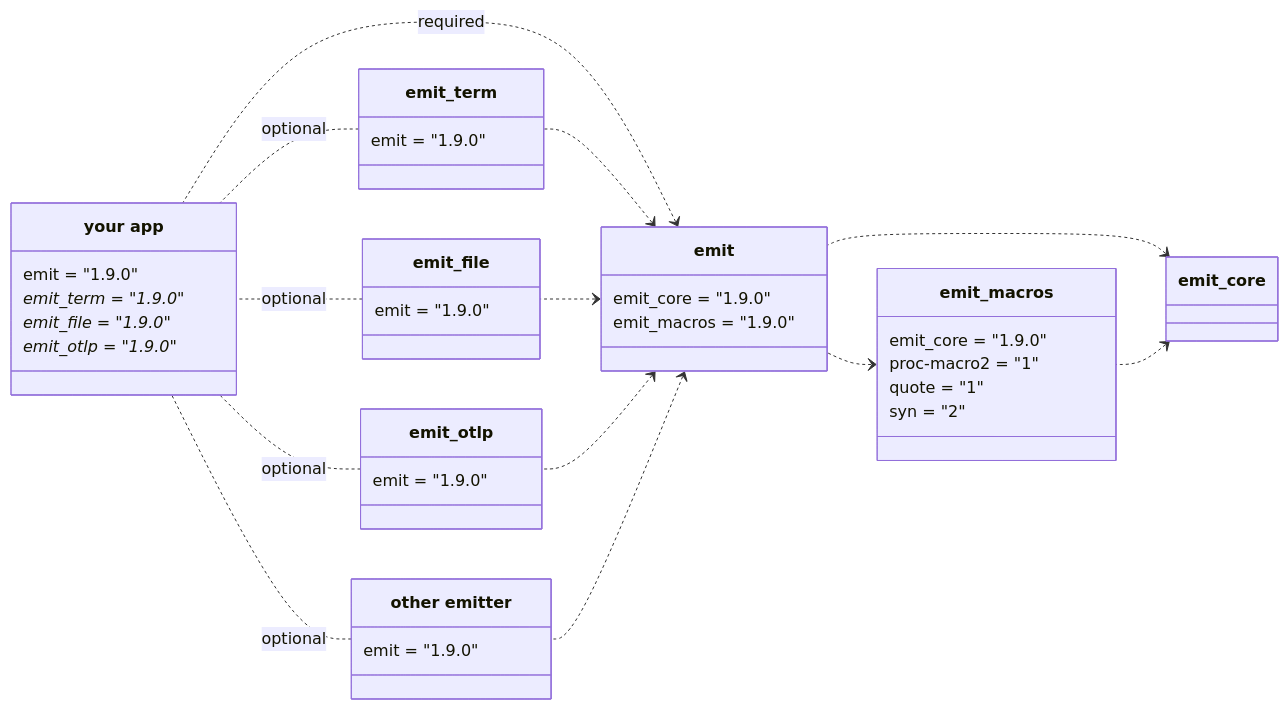
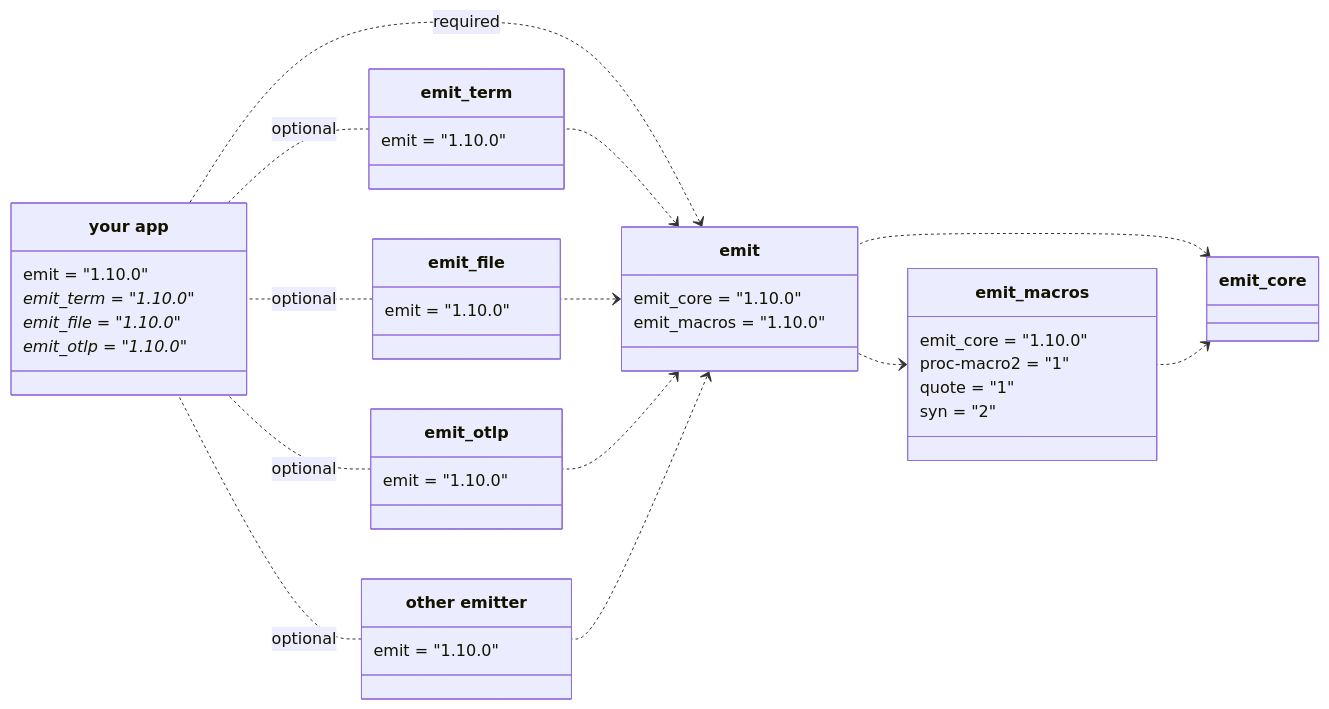
The first of 5 diagrams in book/src/reference/architecture.md (emit-rs/emit), drawn with Mermaid before and after one commit. The commit also changed other lines of this file and 62 other files, not shown here.

````diff
--- a/book/src/reference/architecture.md
+++ b/book/src/reference/architecture.md
@@ -9,62 +9,62 @@
 ```mermaid
 classDiagram
     direction RL
     
     emit_core <.. emit_macros
     emit_core <.. emit
     emit_macros <.. emit
 
     class emit_macros {
-        emit_core = "1.9.0"
+        emit_core = "1.10.0"
         proc-macro2 = "1"
         quote = "1"
         syn = "2"
     }
 
     emit <.. emit_term
     emit <.. emit_file
     emit <.. emit_otlp
     emit <.. emit_custom
 
     emit <.. app : required
 
     class emit {
-        emit_core = "1.9.0"
-        emit_macros = "1.9.0"
+        emit_core = "1.10.0"
+        emit_macros = "1.10.0"
     }
 
     emit_term .. app : optional
     emit_file .. app : optional
     emit_otlp .. app : optional
     emit_custom .. app : optional
 
     class emit_term {
-        emit = "1.9.0"
+        emit = "1.10.0"
     }
 
     class emit_file {
-        emit = "1.9.0"
+        emit = "1.10.0"
     }
 
     class emit_otlp {
-        emit = "1.9.0"
+        emit = "1.10.0"
     }
 
     class emit_custom["other emitter"] {
-        emit = "1.9.0"
+        emit = "1.10.0"
     }
 
     class app["your app"] {
-        emit = "1.9.0"
-        emit_term = "1.9.0"*
-        emit_file = "1.9.0"*
-        emit_otlp = "1.9.0"*
+        emit = "1.10.0"
+        emit_term = "1.10.0"*
+        emit_file = "1.10.0"*
+        emit_otlp = "1.10.0"*
     }
 
-    click emit_core href "https://docs.rs/emit_core/1.9.0/emit_core/index.html"
-    click emit_macros href "https://docs.rs/emit_macros/1.9.0/emit_macros/index.html"
-    click emit href "https://docs.rs/emit/1.9.0/emit/index.html"
-    click emit_term href "https://docs.rs/emit_term/1.9.0/emit_term/index.html"
-    click emit_file href "https://docs.rs/emit_file/1.9.0/emit_file/index.html"
-    click emit_otlp href "https://docs.rs/emit_otlp/1.9.0/emit_otlp/index.html"
+    click emit_core href "https://docs.rs/emit_core/1.10.0/emit_core/index.html"
+    click emit_macros href "https://docs.rs/emit_macros/1.10.0/emit_macros/index.html"
+    click emit href "https://docs.rs/emit/1.10.0/emit/index.html"
+    click emit_term href "https://docs.rs/emit_term/1.10.0/emit_term/index.html"
+    click emit_file href "https://docs.rs/emit_file/1.10.0/emit_file/index.html"
+    click emit_otlp href "https://docs.rs/emit_otlp/1.10.0/emit_otlp/index.html"
 ```
````
